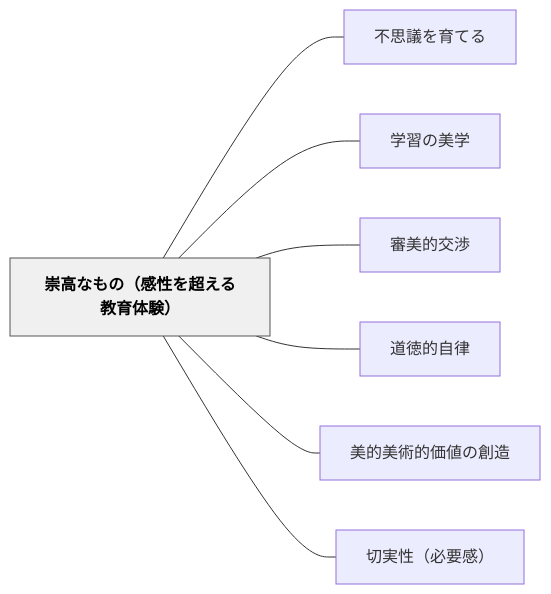
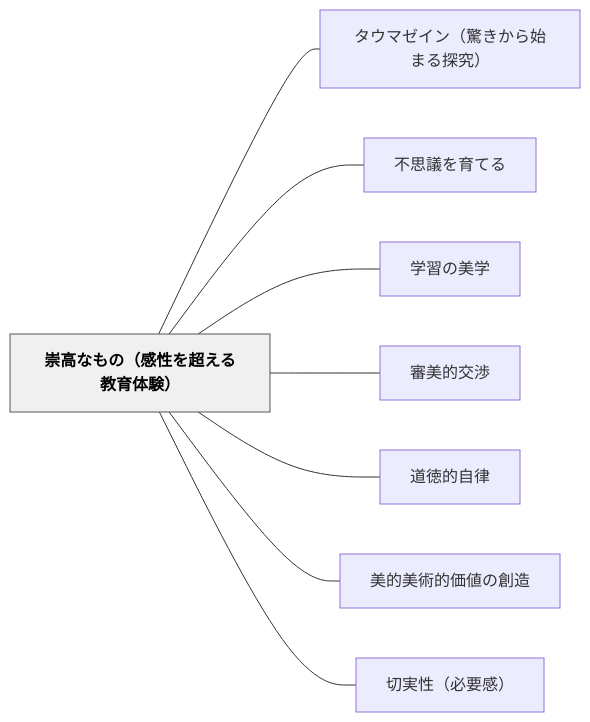
Before and after one commit to unknownthings-ed-patterns/unknownthings-ed-patterns: the diagram in content/パタン/崇高なもの（感性を超える教育体験）.md, drawn with Mermaid. The commit also changed other lines of this file and 17 other files, not shown here.

````diff
--- a/content/パタン/崇高なもの（感性を超える教育体験）.md
+++ b/content/パタン/崇高なもの（感性を超える教育体験）.md
@@ -70,20 +70,22 @@
 ```mermaid
 flowchart LR
     ne5b487e9ab98e381aae38282e381aeefbc88e6849fe680a7e38292e8b685e38188e3828be69599e882b2e4bd93e9a893efbc89["崇高なもの（感性を超える教育体験）"]
+    ne382bfe382a6e3839ee382bce382a4e383b3efbc88e9a99ae3818de3818be38289e5a78be381bee3828be68ea2e7a9b6efbc89["タウマゼイン（驚きから始まる探究）"]
     ne4b88de6809de8adb0e38292e882b2e381a6e3828b["不思議を育てる"]
     ne5ada6e7bf92e381aee7be8ee5ada6["学習の美学"]
     ne5afa9e7be8ee79a84e4baa4e6b889["審美的交渉"]
     ne98193e5beb3e79a84e887aae5be8b["道徳的自律"]
     ne7be8ee79a84e7be8ee8a193e79a84e4bea1e580a4e381aee589b5e980a0["美的美術的価値の創造"]
     ne58887e5ae9fe680a7efbc88e5bf85e8a681e6849fefbc89["切実性（必要感）"]
 
+    ne5b487e9ab98e381aae38282e381aeefbc88e6849fe680a7e38292e8b685e38188e3828be69599e882b2e4bd93e9a893efbc89 --- ne382bfe382a6e3839ee382bce382a4e383b3efbc88e9a99ae3818de3818be38289e5a78be381bee3828be68ea2e7a9b6efbc89
     ne5b487e9ab98e381aae38282e381aeefbc88e6849fe680a7e38292e8b685e38188e3828be69599e882b2e4bd93e9a893efbc89 --- ne4b88de6809de8adb0e38292e882b2e381a6e3828b
     ne5b487e9ab98e381aae38282e381aeefbc88e6849fe680a7e38292e8b685e38188e3828be69599e882b2e4bd93e9a893efbc89 --- ne5ada6e7bf92e381aee7be8ee5ada6
     ne5b487e9ab98e381aae38282e381aeefbc88e6849fe680a7e38292e8b685e38188e3828be69599e882b2e4bd93e9a893efbc89 --- ne5afa9e7be8ee79a84e4baa4e6b889
     ne5b487e9ab98e381aae38282e381aeefbc88e6849fe680a7e38292e8b685e38188e3828be69599e882b2e4bd93e9a893efbc89 --- ne98193e5beb3e79a84e887aae5be8b
     ne5b487e9ab98e381aae38282e381aeefbc88e6849fe680a7e38292e8b685e38188e3828be69599e882b2e4bd93e9a893efbc89 --- ne7be8ee79a84e7be8ee8a193e79a84e4bea1e580a4e381aee589b5e980a0
     ne5b487e9ab98e381aae38282e381aeefbc88e6849fe680a7e38292e8b685e38188e3828be69599e882b2e4bd93e9a893efbc89 --- ne58887e5ae9fe680a7efbc88e5bf85e8a681e6849fefbc89
 
     classDef hub fill:#f0f0f0,stroke:#555,color:#000,font-weight:bold
     class ne5b487e9ab98e381aae38282e381aeefbc88e6849fe680a7e38292e8b685e38188e3828be69599e882b2e4bd93e9a893efbc89 hub
 ```
````
